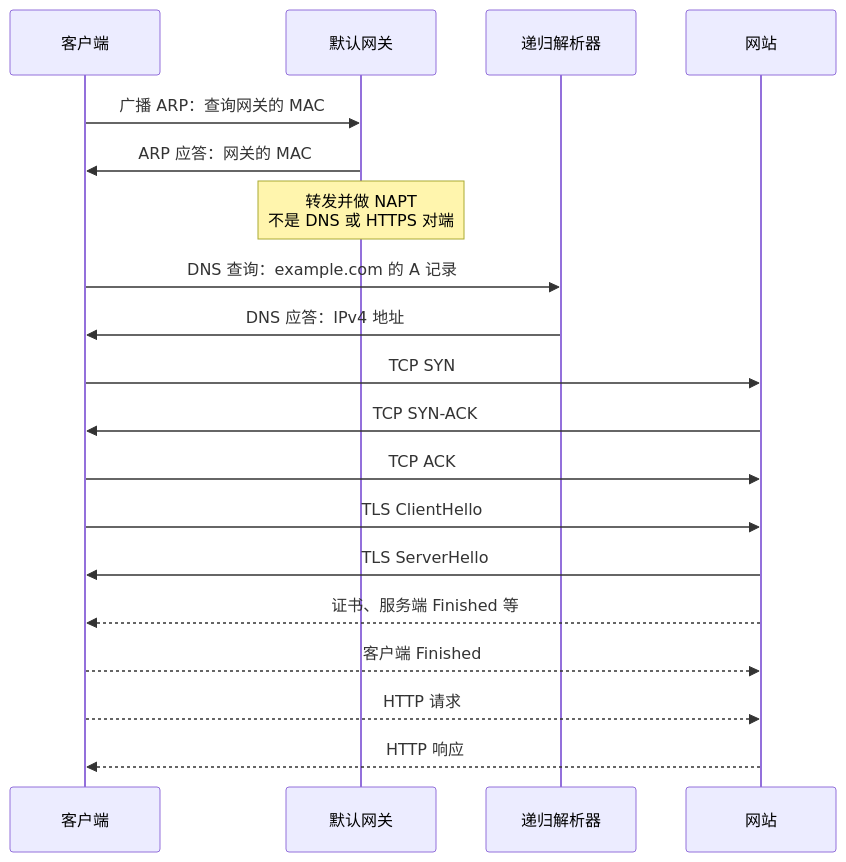
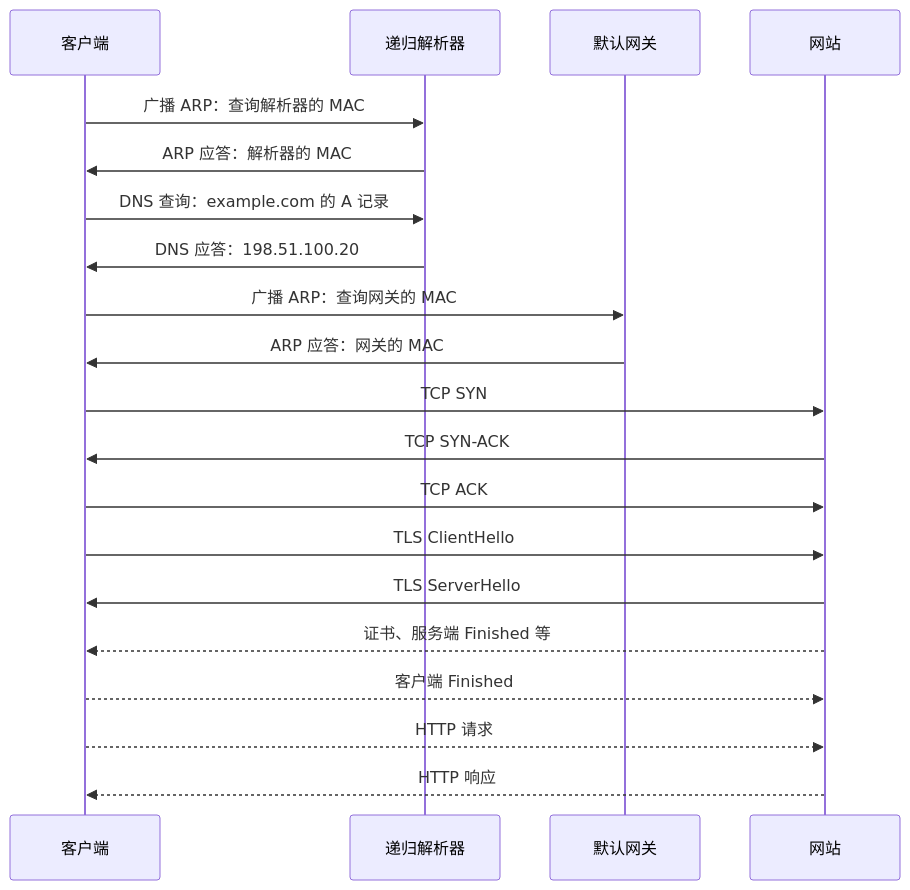
The fifth of 6 diagrams in content/posts/networking/layered-architecture-packet-journey.md (fordelkon/delkon.us.kg), drawn with Mermaid before and after one commit. The commit also changed other lines of this file and 8 other files, not shown here.

````diff
--- a/content/posts/networking/layered-architecture-packet-journey.md
+++ b/content/posts/networking/layered-architecture-packet-journey.md
@@ -230,21 +230,22 @@
-```mermaid title="从查询地址到收到 HTTPS 响应" description="只有 ARP 直接与网关交换；DNS、TCP、TLS 和 HTTP 的箭头连的是逻辑端点，网关转发流量。虚线表示受 TLS 保护的消息。省略 DNS 上游查询、握手后的 TCP 确认、重传与连接关闭。箭头表示先后，不表示一箭一包或固定耗时。"
+```mermaid title="从解析下一跳到收到 HTTPS 响应" description="自上而下读交换顺序。两次 ARP 请求都在本地链路广播，箭头指向应答者。DNS 在本地链路交付，网站流量经网关转发。虚线标示受 TLS 保护的消息。箭头按协议消息或交换标示，不对应固定的包数或耗时。省略 DNS 上游查询、额外的 TCP 确认、重传与连接关闭。"
 sequenceDiagram
  participant C as 客户端
+ participant D as 递归解析器
  participant G as 默认网关
- participant D as 递归解析器
  participant S as 网站
+ C->>D: 广播 ARP：查询解析器的 MAC
+ D->>C: ARP 应答：解析器的 MAC
+ C->>D: DNS 查询：example.com 的 A 记录
+ D->>C: DNS 应答：198.51.100.20
  C->>G: 广播 ARP：查询网关的 MAC
  G->>C: ARP 应答：网关的 MAC
- Note over G: 转发并做 NAPT<br/>不是 DNS 或 HTTPS 对端
- C->>D: DNS 查询：example.com 的 A 记录
- D->>C: DNS 应答：IPv4 地址
  C->>S: TCP SYN
  S->>C: TCP SYN-ACK
  C->>S: TCP ACK
  C->>S: TLS ClientHello
  S->>C: TLS ServerHello
  S-->>C: 证书、服务端 Finished 等
  C-->>S: 客户端 Finished
  C-->>S: HTTP 请求
  S-->>C: HTTP 响应
 ```
````
